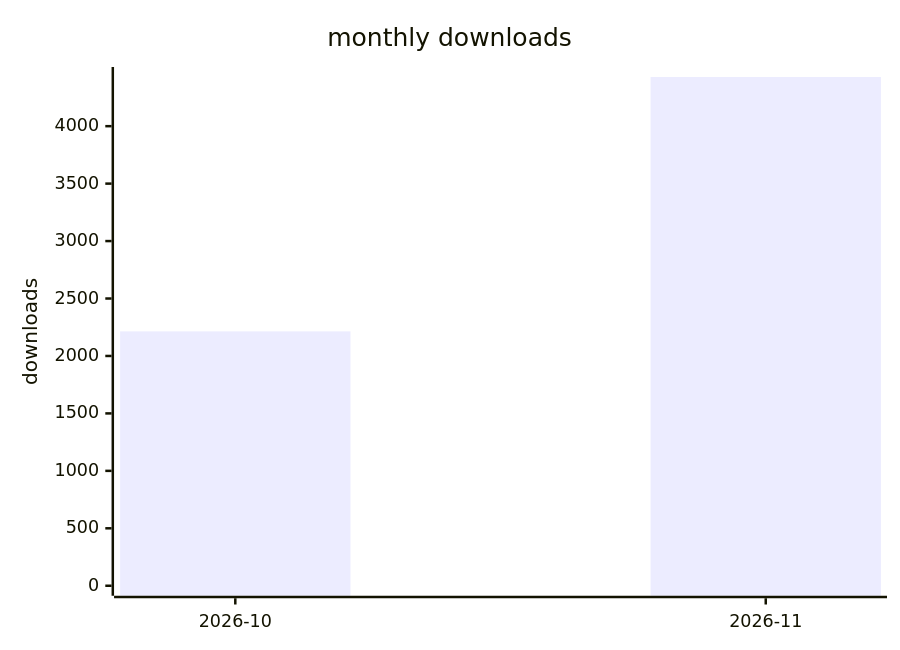
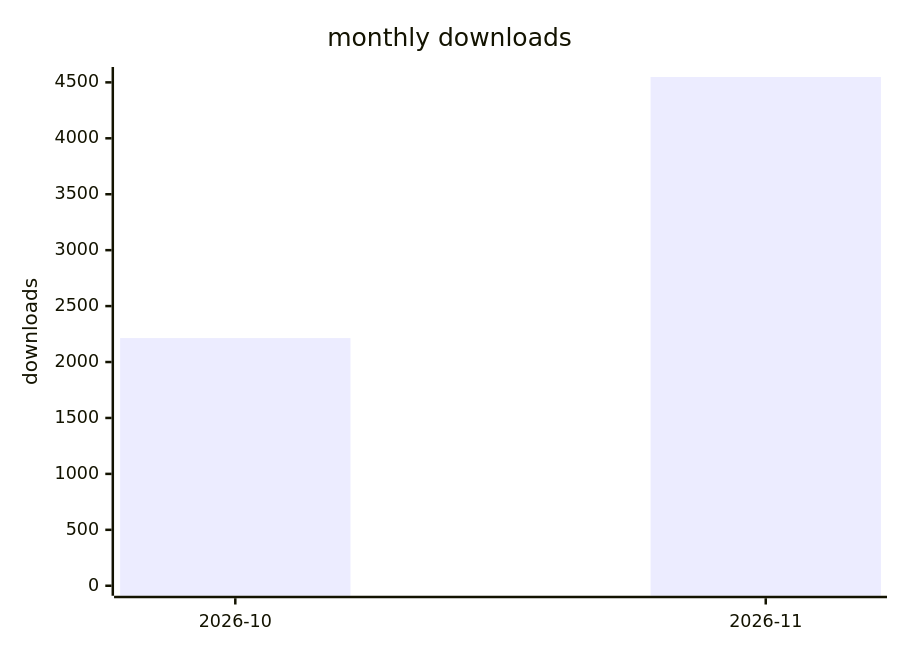
The second of 2 diagrams in docs/downloads-2026.md (terry2010/dsh-rss-news-daily), drawn with Mermaid before and after one commit. The commit also changed other lines of this file and 1 other file, not shown here.

````diff
--- a/docs/downloads-2026.md
+++ b/docs/downloads-2026.md
@@ -29,7 +29,7 @@
 ```mermaid
 xychart-beta
     title "monthly downloads"
     x-axis ["2026-10", "2026-11"]
-    y-axis "downloads" 0 --> 4428
-    bar [2214, 4428]
+    y-axis "downloads" 0 --> 4548
+    bar [2214, 4548]
 ```
````
